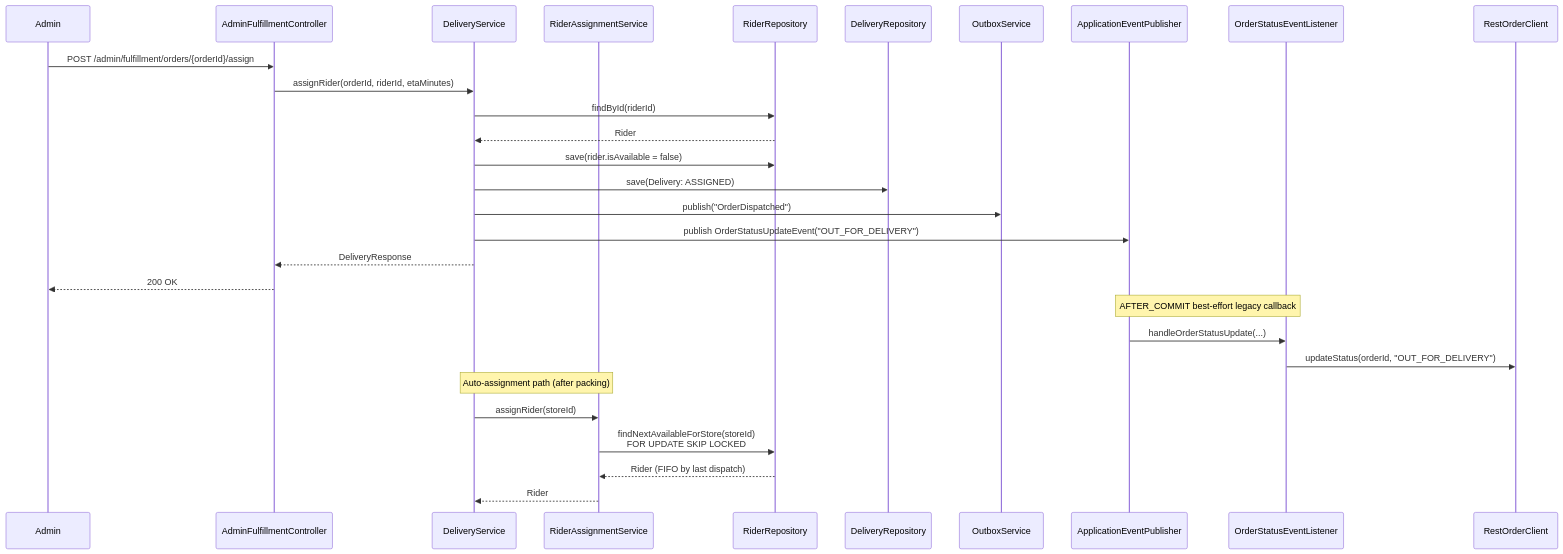
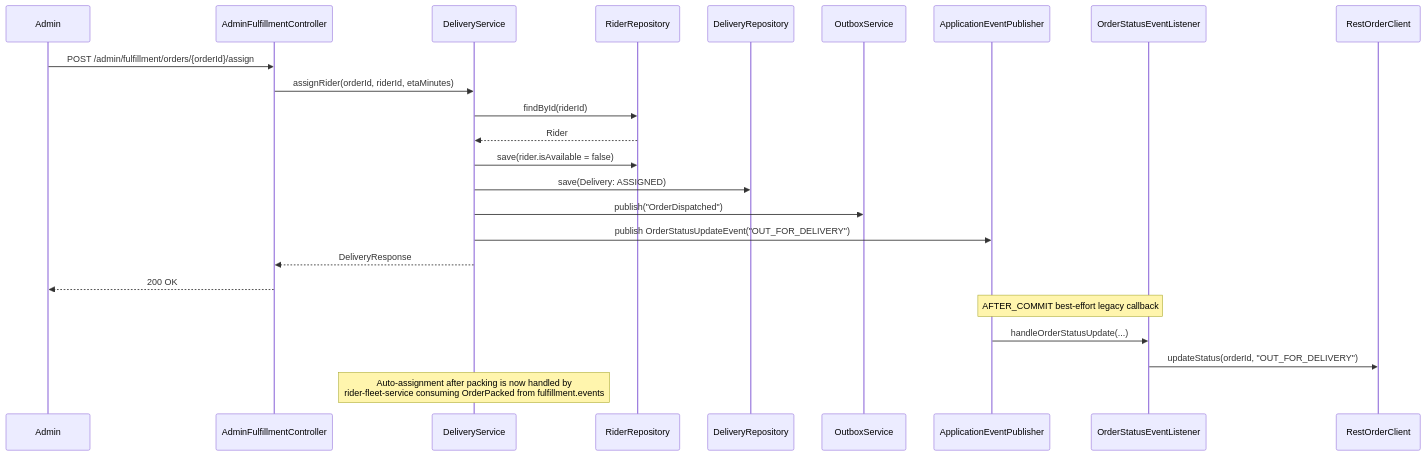
One commit to sunitakeazycommerz-a11y/InstaCommerce changed the seventh of 9 diagrams in services/fulfillment-service/README.md. Above: the diagram before and after it, drawn with Mermaid. The commit also changed other lines of this file and 2 other files, not shown here.

First line of the commit message:
docs(fulfillment,checkout): update stale docs, align resilience4j version (Wave 33 Track D)

````diff
--- a/services/fulfillment-service/README.md
+++ b/services/fulfillment-service/README.md
@@ -301,34 +304,29 @@
 ```mermaid
 sequenceDiagram
     participant Admin
     participant AdminCtrl as AdminFulfillmentController
     participant DS as DeliveryService
-    participant RAS as RiderAssignmentService
     participant RiderRepo as RiderRepository
     participant DeliveryRepo as DeliveryRepository
     participant Outbox as OutboxService
     participant EventBus as ApplicationEventPublisher
     participant Listener as OrderStatusEventListener
     participant OrderClient as RestOrderClient
 
     Admin->>AdminCtrl: POST /admin/fulfillment/orders/{orderId}/assign
     AdminCtrl->>DS: assignRider(orderId, riderId, etaMinutes)
     DS->>RiderRepo: findById(riderId)
     RiderRepo-->>DS: Rider
     DS->>RiderRepo: save(rider.isAvailable = false)
     DS->>DeliveryRepo: save(Delivery: ASSIGNED)
     DS->>Outbox: publish("OrderDispatched")
     DS->>EventBus: publish OrderStatusUpdateEvent("OUT_FOR_DELIVERY")
     DS-->>AdminCtrl: DeliveryResponse
     AdminCtrl-->>Admin: 200 OK
 
     Note over EventBus,Listener: AFTER_COMMIT best-effort legacy callback
     EventBus->>Listener: handleOrderStatusUpdate(...)
     Listener->>OrderClient: updateStatus(orderId, "OUT_FOR_DELIVERY")
 
-    Note over DS,RAS: Auto-assignment path (after packing)
-    DS->>RAS: assignRider(storeId)
-    RAS->>RiderRepo: findNextAvailableForStore(storeId)<br/>FOR UPDATE SKIP LOCKED
-    RiderRepo-->>RAS: Rider (FIFO by last dispatch)
-    RAS-->>DS: Rider
+    Note over DS: Auto-assignment after packing is now handled by<br/>rider-fleet-service consuming OrderPacked from fulfillment.events
 ```
````
